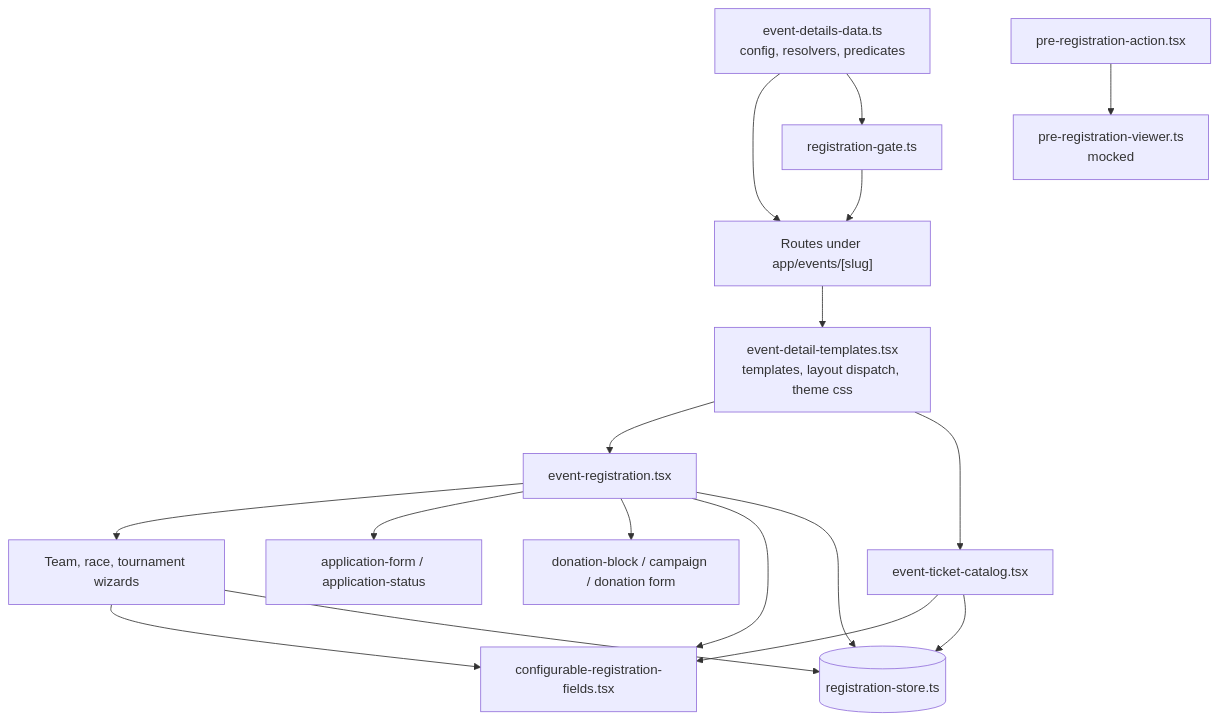
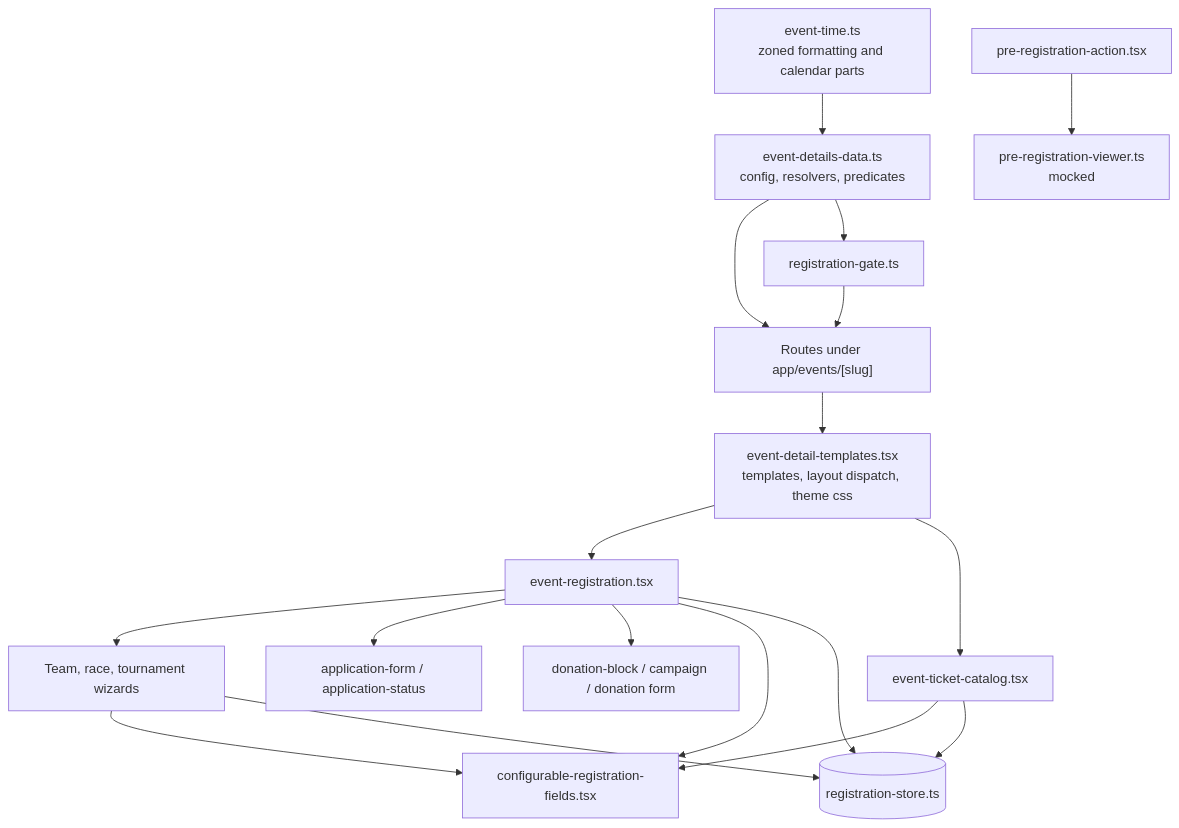
Diagram 19 of 20 in tickify-event-details-and-registration.md (stage-crew/platform-docs), drawn with Mermaid before and after one commit. The commit also changed other lines of this file, not shown here.

Commit message:
Updated event details

````diff
--- a/tickify-event-details-and-registration.md
+++ b/tickify-event-details-and-registration.md
@@ -1517,19 +1646,20 @@
 ```mermaid
 flowchart TD
   DATA["event-details-data.ts<br/>config, resolvers, predicates"] --> PAGES["Routes under app/events/[slug]"]
   GATE["registration-gate.ts"] --> PAGES
   DATA --> GATE
+  TIME["event-time.ts<br/>zoned formatting and calendar parts"] --> DATA
   PAGES --> TPL["event-detail-templates.tsx<br/>templates, layout dispatch, theme css"]
   TPL --> REG["event-registration.tsx"]
   TPL --> CAT["event-ticket-catalog.tsx"]
   REG --> WIZ["Team, race, tournament wizards"]
   REG --> APP["application-form / application-status"]
   REG --> DON["donation-block / campaign / donation form"]
   REG --> FLD["configurable-registration-fields.tsx"]
   CAT --> FLD
   WIZ --> FLD
   REG --> STORE[("registration-store.ts")]
   CAT --> STORE
   WIZ --> STORE
   PRE["pre-registration-action.tsx"] --> VIEW["pre-registration-viewer.ts<br/>mocked"]
 ```
````
